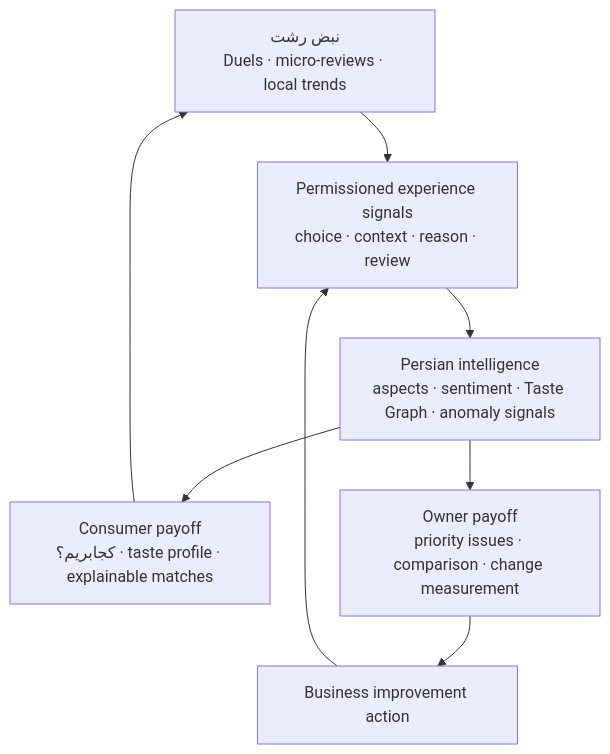
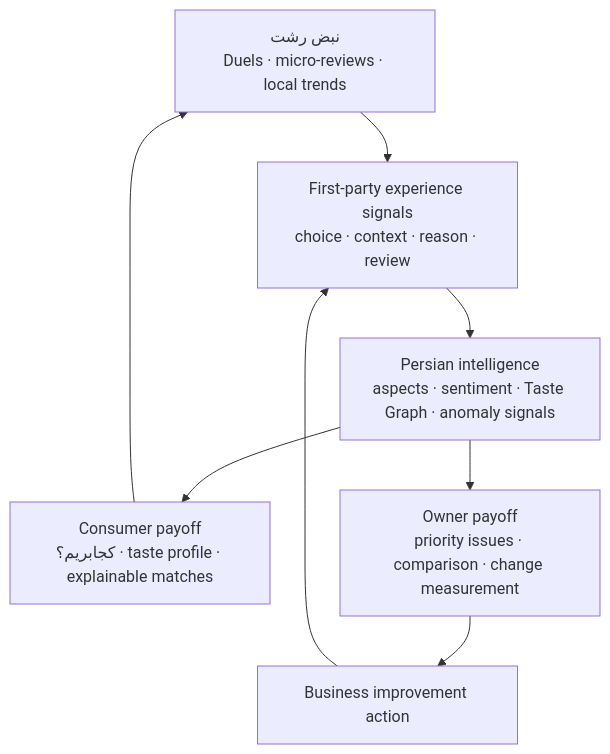
One commit to sobhanashine/nazarato changed the diagram in docs/nabz-rasht-mvp.md. Above: the diagram before and after it, drawn with Mermaid. The commit also changed other lines of this file and 9 other files, not shown here.

````diff
--- a/docs/nabz-rasht-mvp.md
+++ b/docs/nabz-rasht-mvp.md
@@ -20,13 +20,13 @@
 ```mermaid
 flowchart TD
   Pulse["نبض رشت<br/>Duels · micro-reviews · local trends"]
-  Signals["Permissioned experience signals<br/>choice · context · reason · review"]
+  Signals["First-party experience signals<br/>choice · context · reason · review"]
   AI["Persian intelligence<br/>aspects · sentiment · Taste Graph · anomaly signals"]
   Consumer["Consumer payoff<br/>کجابریم؟ · taste profile · explainable matches"]
   Owner["Owner payoff<br/>priority issues · comparison · change measurement"]
   Action["Business improvement action"]
 
   Pulse --> Signals --> AI
   AI --> Consumer --> Pulse
   AI --> Owner --> Action --> Signals
 ```
````
